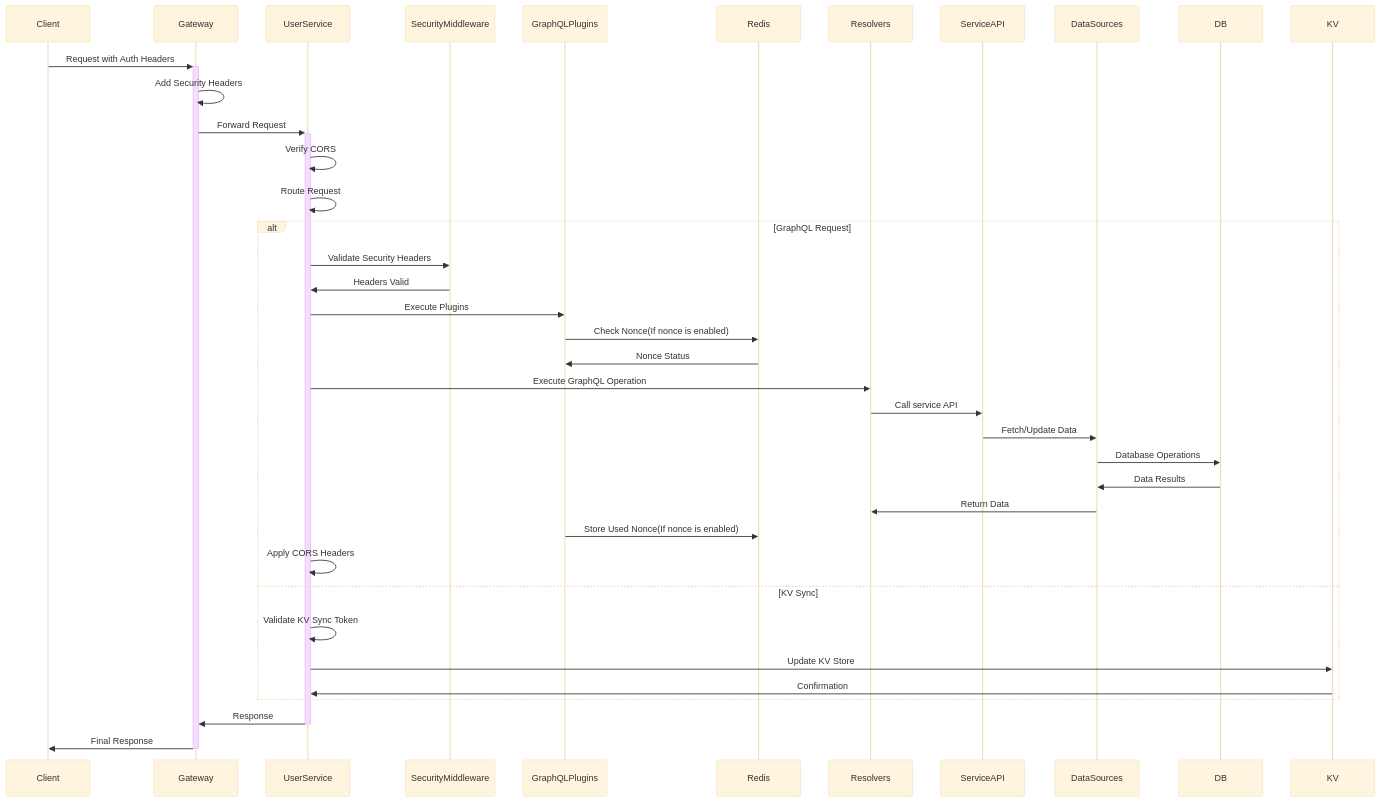
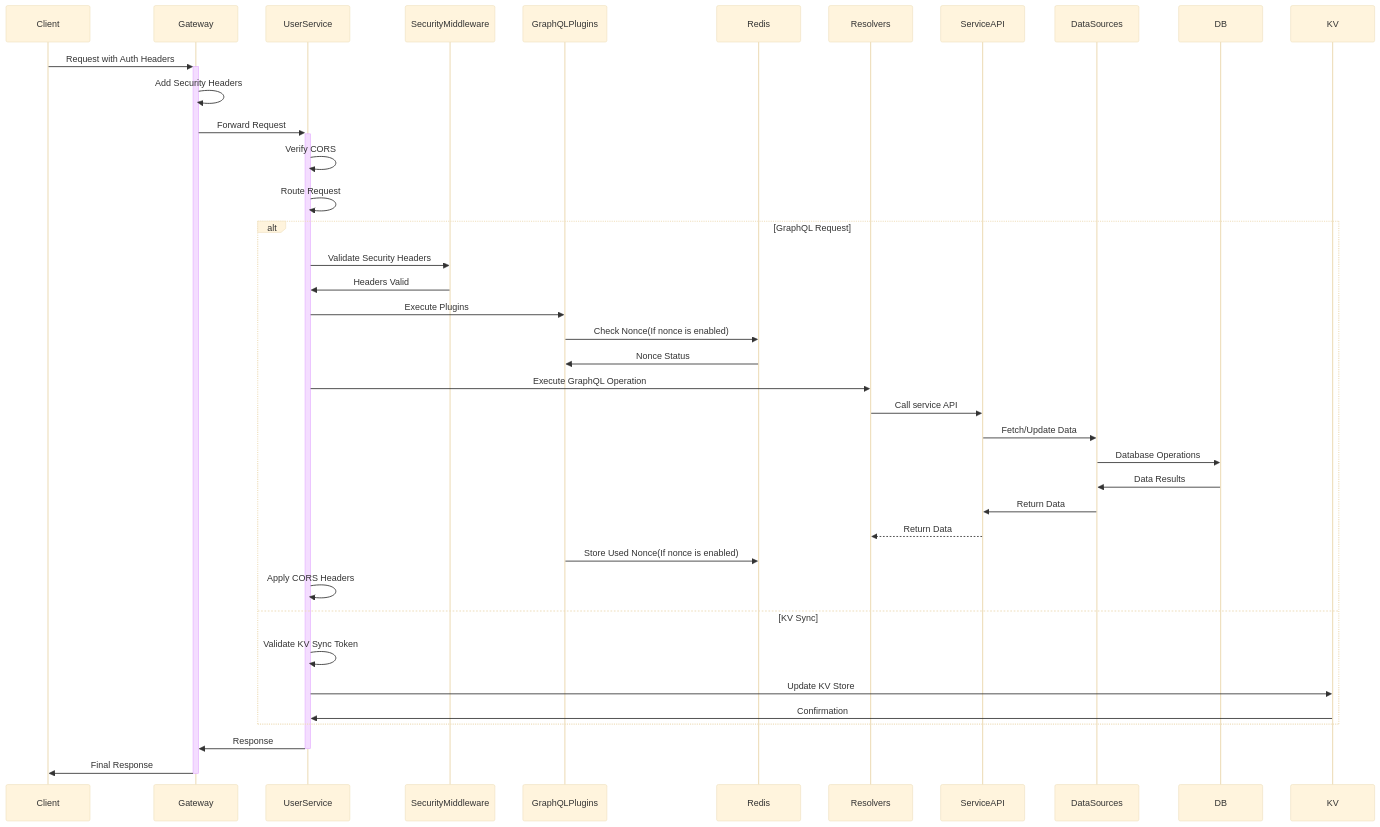
One commit to vinodhj/expense-microservices changed the second of 10 diagrams in docs/user-services.md. Above: the diagram before and after it, drawn with Mermaid (base theme).

Commit message:
minor tweaks docs

````diff
--- a/docs/user-services.md
+++ b/docs/user-services.md
@@ -59,35 +59,36 @@
 ```mermaid
 sequenceDiagram
     Client->>+Gateway: Request with Auth Headers
     Gateway->>Gateway: Add Security Headers
     Gateway->>+UserService: Forward Request
 
     UserService->>UserService: Verify CORS
     UserService->>UserService: Route Request
 
     alt GraphQL Request
         UserService->>SecurityMiddleware: Validate Security Headers
         SecurityMiddleware->>UserService: Headers Valid
 
         UserService->>GraphQLPlugins: Execute Plugins
         GraphQLPlugins->>Redis: Check Nonce(If nonce is enabled)
         Redis->>GraphQLPlugins: Nonce Status
 
         UserService->>Resolvers: Execute GraphQL Operation
         Resolvers->>ServiceAPI: Call service API
         ServiceAPI->>DataSources: Fetch/Update Data
         DataSources->>DB: Database Operations
         DB->>DataSources: Data Results
-        DataSources->>Resolvers: Return Data
+        DataSources->>ServiceAPI: Return Data
+        ServiceAPI-->>Resolvers: Return Data
 
         GraphQLPlugins->>Redis: Store Used Nonce(If nonce is enabled)
         UserService->>UserService: Apply CORS Headers
     else KV Sync
         UserService->>UserService: Validate KV Sync Token
         UserService->>KV: Update KV Store
         KV->>UserService: Confirmation
     end
 
     UserService->>-Gateway: Response
     Gateway->>-Client: Final Response
 ```
````
